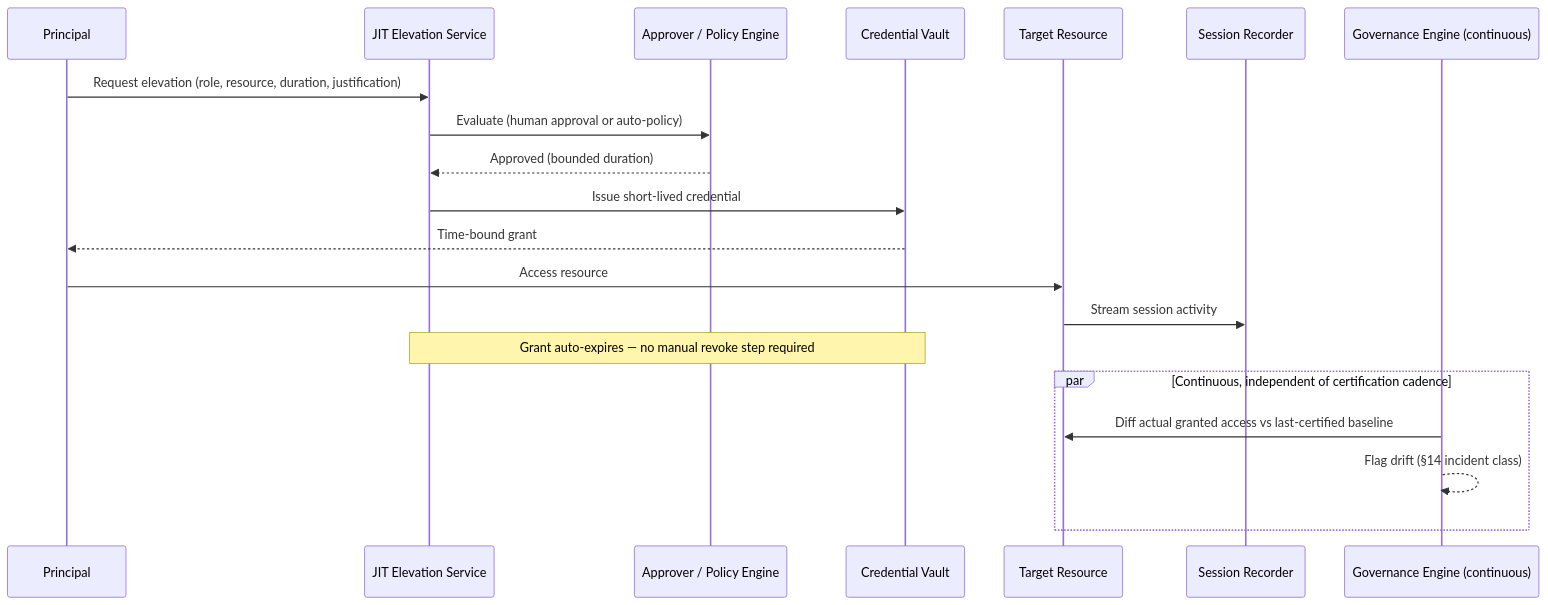
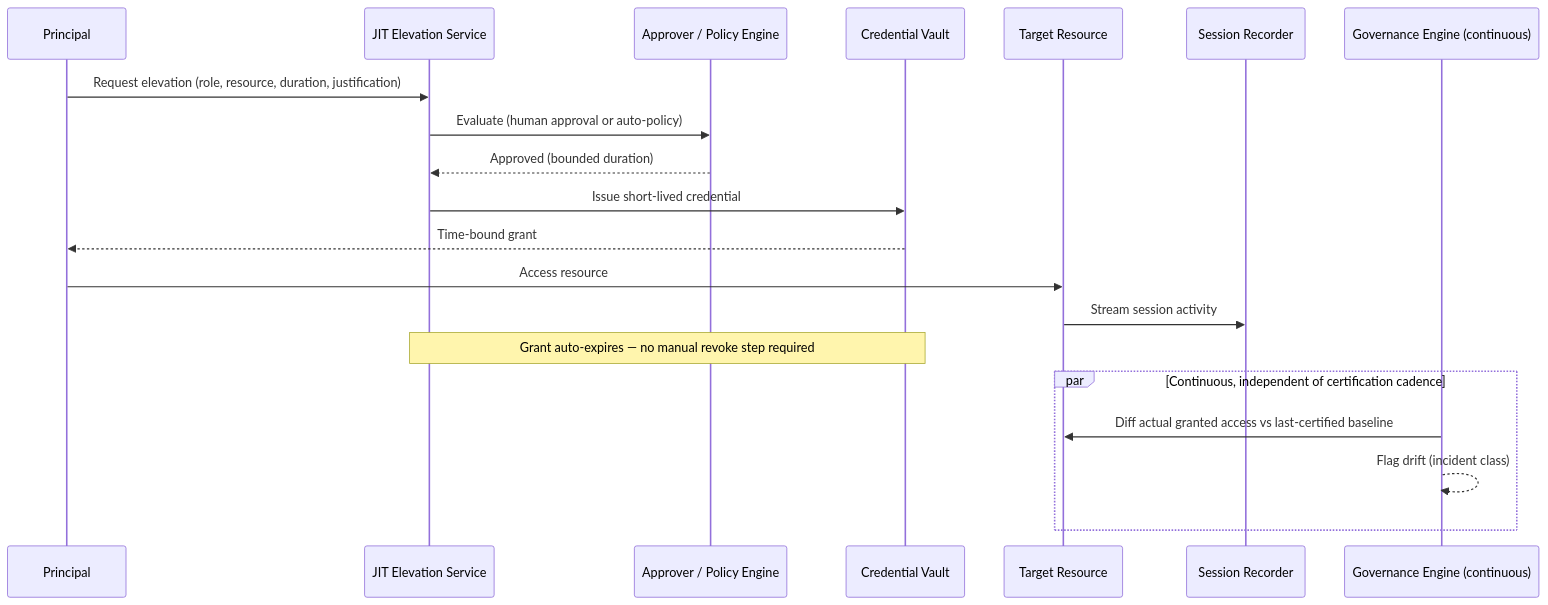
The diagram in 40-IAM/02-Capstone-PAM-IdentityGovernance-ZeroTrustIdentity.md (umashankarp/InterviewQuestions), drawn with Mermaid before and after one commit. The commit also changed other lines of this file and 173 other files, not shown here.

````diff
--- a/40-IAM/02-Capstone-PAM-IdentityGovernance-ZeroTrustIdentity.md
+++ b/40-IAM/02-Capstone-PAM-IdentityGovernance-ZeroTrustIdentity.md
@@ -78,23 +78,23 @@
 ```mermaid
 sequenceDiagram
-    participant P as Principal
-    participant J as JIT Elevation Service
-    participant A as Approver / Policy Engine
-    participant V as Credential Vault
-    participant R as Target Resource
-    participant S as Session Recorder
-    participant G as Governance Engine (continuous)
+ participant P as Principal
+ participant J as JIT Elevation Service
+ participant A as Approver / Policy Engine
+ participant V as Credential Vault
+ participant R as Target Resource
+ participant S as Session Recorder
+ participant G as Governance Engine (continuous)
 
-    P->>J: Request elevation (role, resource, duration, justification)
-    J->>A: Evaluate (human approval or auto-policy)
-    A-->>J: Approved (bounded duration)
-    J->>V: Issue short-lived credential
-    V-->>P: Time-bound grant
-    P->>R: Access resource
-    R->>S: Stream session activity
-    Note over J,V: Grant auto-expires — no manual revoke step required
-    par Continuous, independent of certification cadence
-        G->>R: Diff actual granted access vs last-certified baseline
-        G-->>G: Flag drift (§14 incident class)
-    end
+ P->>J: Request elevation (role, resource, duration, justification)
+ J->>A: Evaluate (human approval or auto-policy)
+ A-->>J: Approved (bounded duration)
+ J->>V: Issue short-lived credential
+ V-->>P: Time-bound grant
+ P->>R: Access resource
+ R->>S: Stream session activity
+ Note over J,V: Grant auto-expires — no manual revoke step required
+ par Continuous, independent of certification cadence
+ G->>R: Diff actual granted access vs last-certified baseline
+ G-->>G: Flag drift (incident class)
+ end
 ```
````
